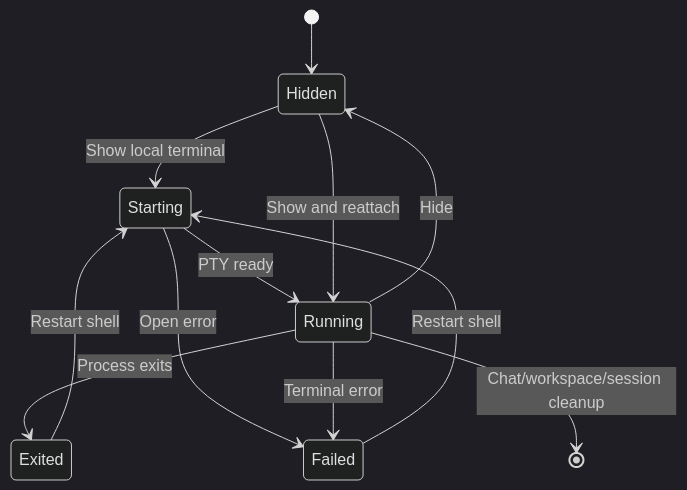
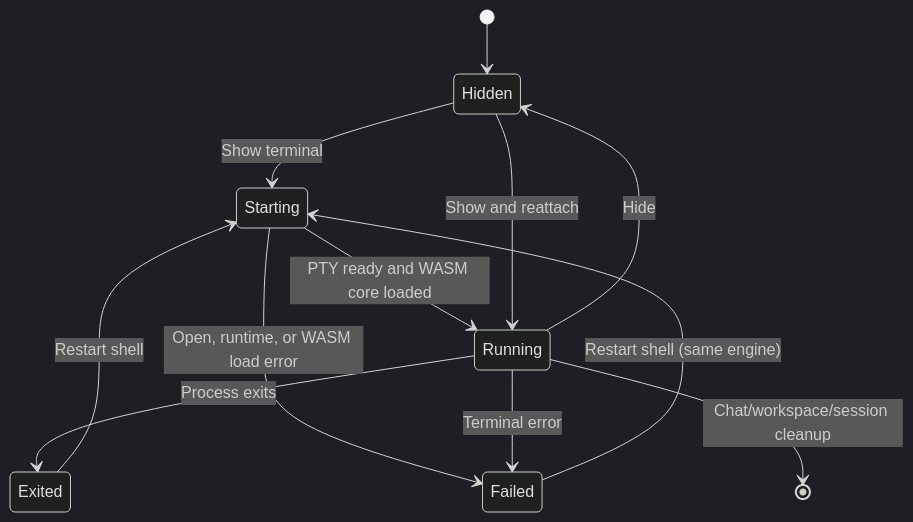
Before and after one commit to brainwhocodes/gradivus-desktop: the diagram in product-docs/features/local-terminal-drawer.md, drawn with Mermaid (dark theme). The commit also changed other lines of this file and 18 other files, not shown here.

First line of the commit message:
docs(product): document browser workspace, runtime connection, and workspace shell

````diff
--- a/product-docs/features/local-terminal-drawer.md
+++ b/product-docs/features/local-terminal-drawer.md
@@ -39,14 +43,14 @@
 ```mermaid
 stateDiagram-v2
   [*] --> Hidden
-  Hidden --> Starting: Show local terminal
-  Starting --> Running: PTY ready
+  Hidden --> Starting: Show terminal
+  Starting --> Running: PTY ready and WASM core loaded
   Running --> Hidden: Hide
   Hidden --> Running: Show and reattach
   Running --> Exited: Process exits
-  Starting --> Failed: Open error
+  Starting --> Failed: Open, runtime, or WASM load error
   Running --> Failed: Terminal error
   Exited --> Starting: Restart shell
-  Failed --> Starting: Restart shell
+  Failed --> Starting: Restart shell (same engine)
   Running --> [*]: Chat/workspace/session cleanup
 ```
````
